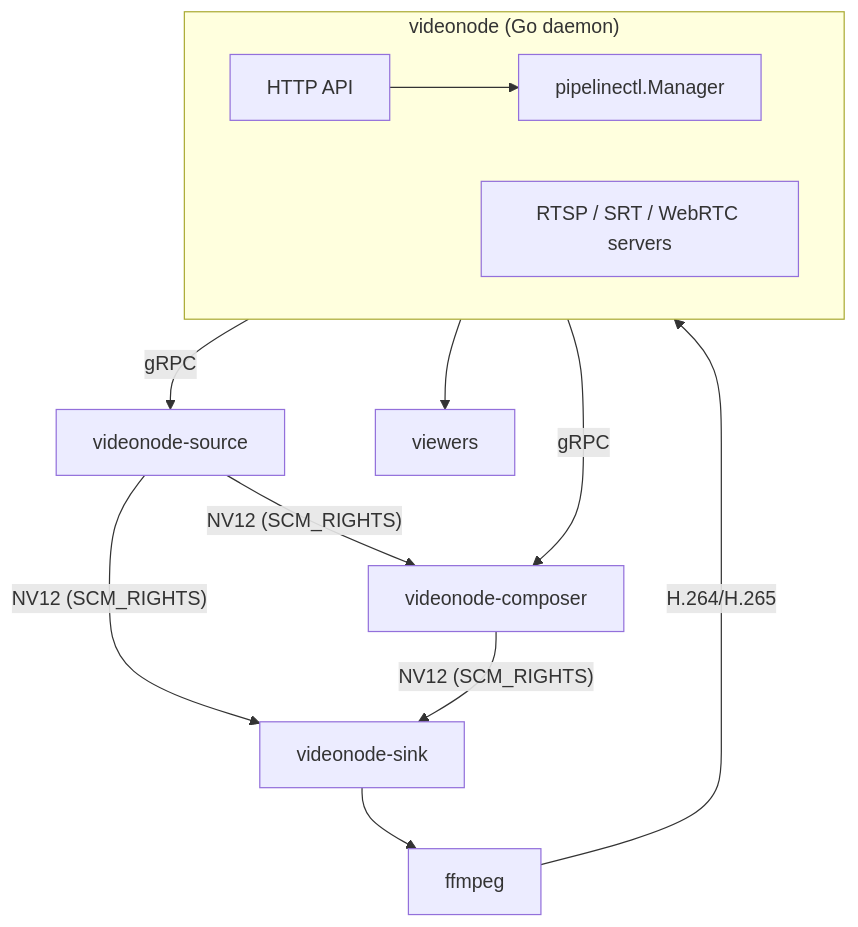
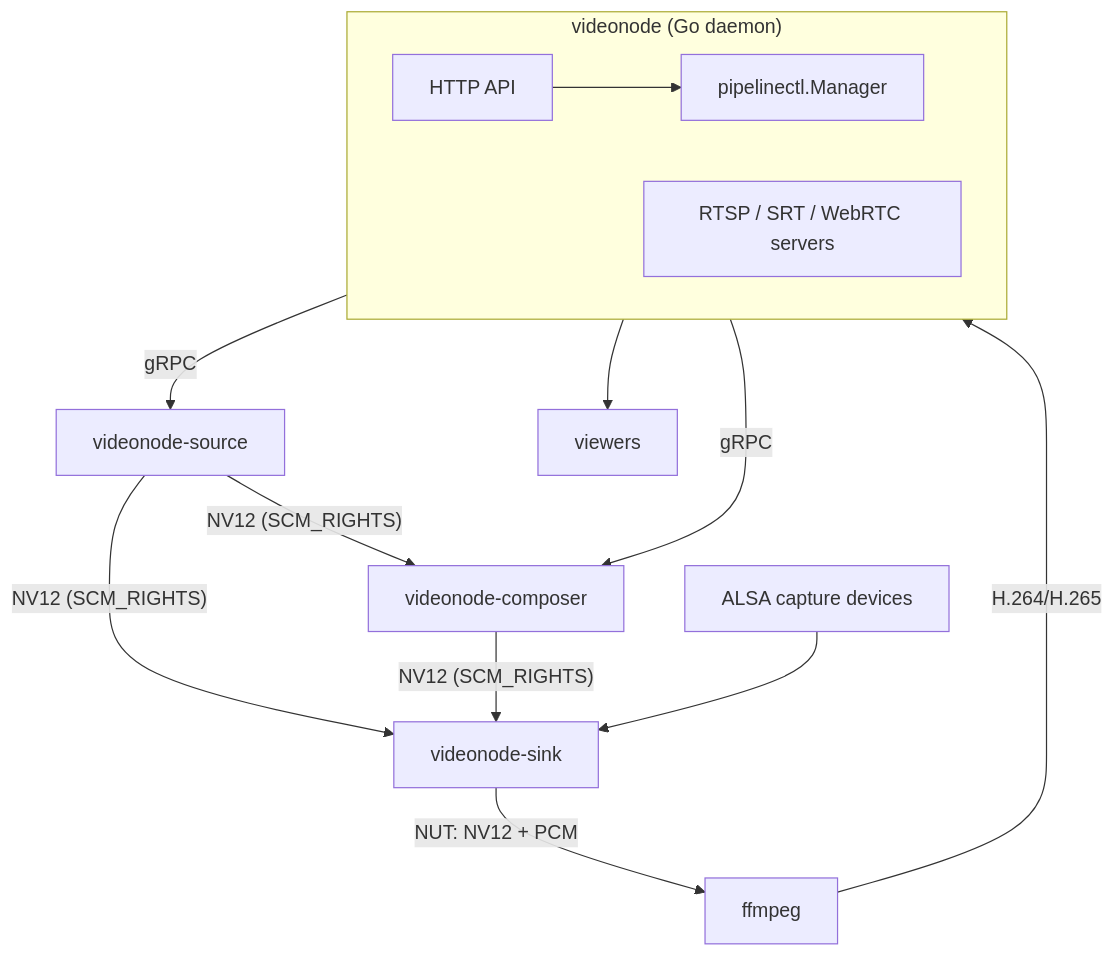
Before and after one commit to smazurov/videonode: the diagram in website/docs/development/architecture.md, drawn with Mermaid. The commit also changed other lines of this file and 60 other files, not shown here.

First line of the commit message:
feat(audio): capture stream audio in vn-sink

````diff
--- a/website/docs/development/architecture.md
+++ b/website/docs/development/architecture.md
@@ -43,27 +56,29 @@
 ```mermaid
 flowchart TB
   accTitle: VideoNode process architecture
   accDescr {
     The Go daemon spawns videonode-source and videonode-composer via gRPC
     control sockets. Sources broadcast NV12 dma-bufs over SCM_RIGHTS to
-    videonode-sink and videonode-composer. Each sink pipes raw bytes into
-    ffmpeg for encoding and RTSP/SRT/WebRTC egress.
+    videonode-sink and videonode-composer. Each sink captures ALSA audio,
+    muxes it with the video into one NUT stream, and pipes that into ffmpeg
+    for encoding and RTSP/SRT/WebRTC egress.
   }
 
   subgraph daemon["videonode (Go daemon)"]
     direction LR
     api["HTTP API"] --> mgr["pipelinectl.Manager"]
     muxers["RTSP / SRT / WebRTC servers"]
   end
 
   mgr -- "gRPC" --> src["videonode-source"]
   mgr -- "gRPC" --> comp["videonode-composer"]
 
   src -- "NV12 (SCM_RIGHTS)" --> comp
   src -- "NV12 (SCM_RIGHTS)" --> sink["videonode-sink"]
   comp -- "NV12 (SCM_RIGHTS)" --> sink
 
-  sink --> ffmpeg["ffmpeg"]
+  alsa["ALSA capture devices"] --> sink
+  sink -- "NUT: NV12 + PCM" --> ffmpeg["ffmpeg"]
   ffmpeg -- "H.264/H.265" --> muxers
   muxers --> viewers["viewers"]
 ```
````
